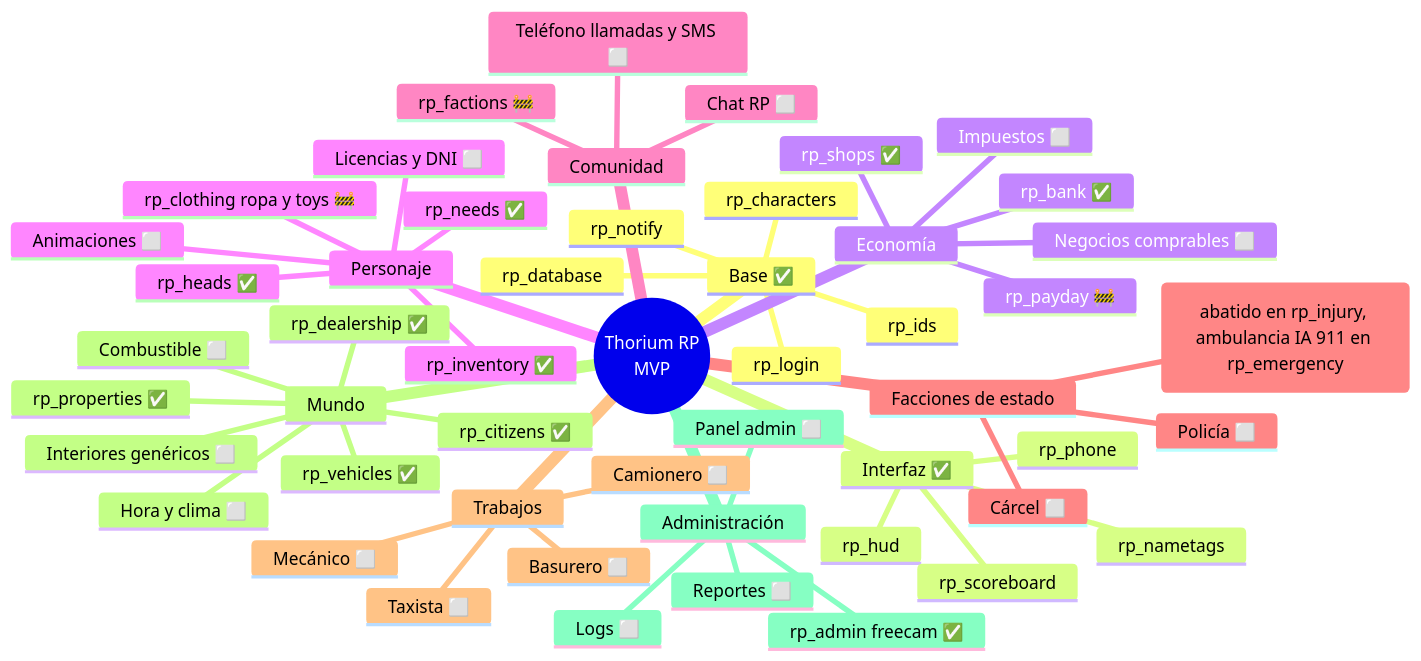
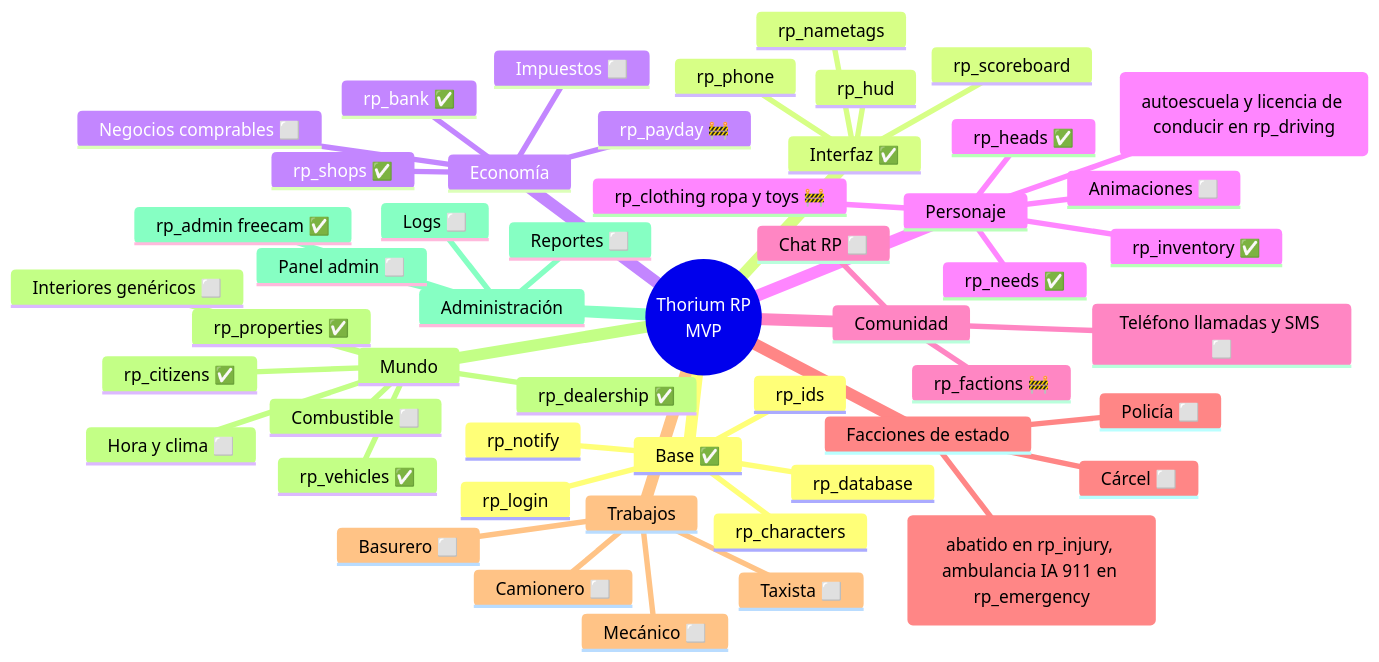
The diagram in docs/PLAN_MVP.md (zThorium/MTA-SA-Roleplay-Gamemode-Thorium), drawn with Mermaid before and after one commit. The commit also changed other lines of this file and 5 other files, not shown here.

````diff
--- a/docs/PLAN_MVP.md
+++ b/docs/PLAN_MVP.md
@@ -9,54 +9,54 @@
 ```mermaid
 mindmap
   root((Thorium RP<br/>MVP))
     Base ✅
       rp_database
       rp_login
       rp_characters
       rp_ids
       rp_notify
     Interfaz ✅
       rp_hud
       rp_scoreboard
       rp_nametags
       rp_phone
     Economía
       rp_bank ✅
       rp_shops ✅
       rp_payday 🚧
       Impuestos ⬜
       Negocios comprables ⬜
     Personaje
       rp_heads ✅
       rp_needs ✅
       rp_inventory ✅
       rp_clothing ropa y toys 🚧
       Animaciones ⬜
-      Licencias y DNI ⬜
+      Licencias y DNI 🚧 (autoescuela y licencia de conducir en rp_driving)
     Comunidad
       rp_factions 🚧
       Chat RP ⬜
       Teléfono llamadas y SMS ⬜
     Facciones de estado
       Policía ⬜
       Médicos 🚧 (abatido en rp_injury, ambulancia IA 911 en rp_emergency)
       Cárcel ⬜
     Trabajos
       Camionero ⬜
       Basurero ⬜
       Taxista ⬜
       Mecánico ⬜
     Mundo
       rp_properties ✅
       rp_vehicles ✅
       rp_dealership ✅
       rp_citizens ✅
       Combustible ⬜
       Interiores genéricos ⬜
       Hora y clima ⬜
     Administración
       rp_admin freecam ✅
       Panel admin ⬜
       Reportes ⬜
       Logs ⬜
 ```
````
